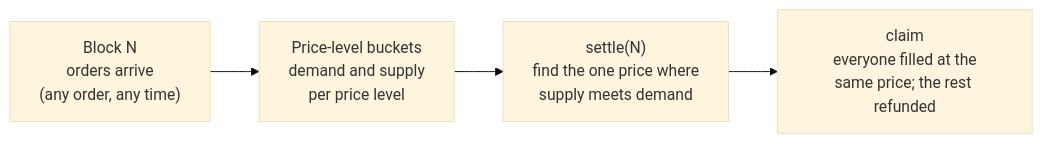
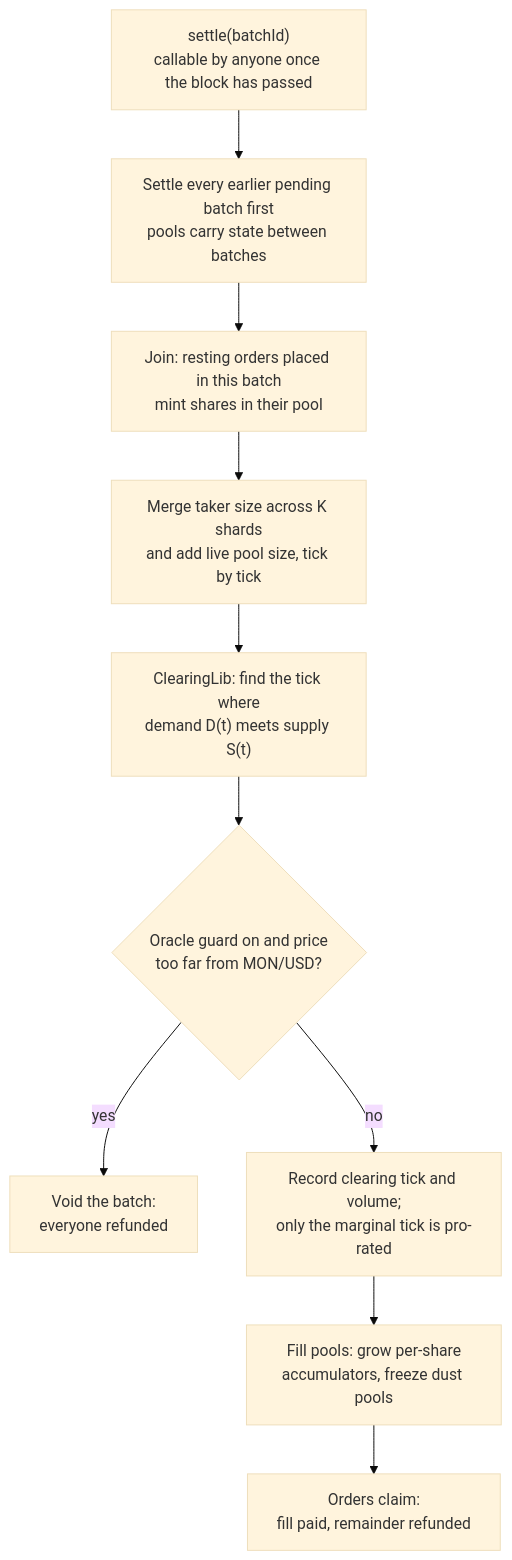
Before and after one commit to rohan911438/Metronome: the third of 8 diagrams in README.md, drawn with Mermaid (base theme). The commit also changed other lines of this file and 3 other files, not shown here.

First line of the commit message:
Professional README with architecture diagrams, MIT license for Team BROTHERHOOD

````diff
--- a/README.md
+++ b/README.md
@@ -50,6 +261,12 @@
 ```mermaid
-flowchart LR
-    A["Block N<br/>orders arrive<br/>(any order, any time)"] --> B["Price-level buckets<br/>demand and supply<br/>per price level"]
-    B --> C["settle(N)<br/>find the one price where<br/>supply meets demand"]
-    C --> D["claim<br/>everyone filled at the<br/>same price; the rest refunded"]
+flowchart TD
+    A["settle(batchId)<br/>callable by anyone once the block has passed"] --> B["Settle every earlier pending batch first<br/>pools carry state between batches"]
+    B --> C["Join: resting orders placed in this batch<br/>mint shares in their pool"]
+    C --> D["Merge taker size across K shards<br/>and add live pool size, tick by tick"]
+    D --> E["ClearingLib: find the tick where<br/>demand D(t) meets supply S(t)"]
+    E --> F{"Oracle guard on and price<br/>too far from MON/USD?"}
+    F -->|"yes"| G["Void the batch:<br/>everyone refunded"]
+    F -->|"no"| H["Record clearing tick and volume;<br/>only the marginal tick is pro-rated"]
+    H --> I["Fill pools: grow per-share<br/>accumulators, freeze dust pools"]
+    I --> J["Orders claim:<br/>fill paid, remainder refunded"]
 ```
````
